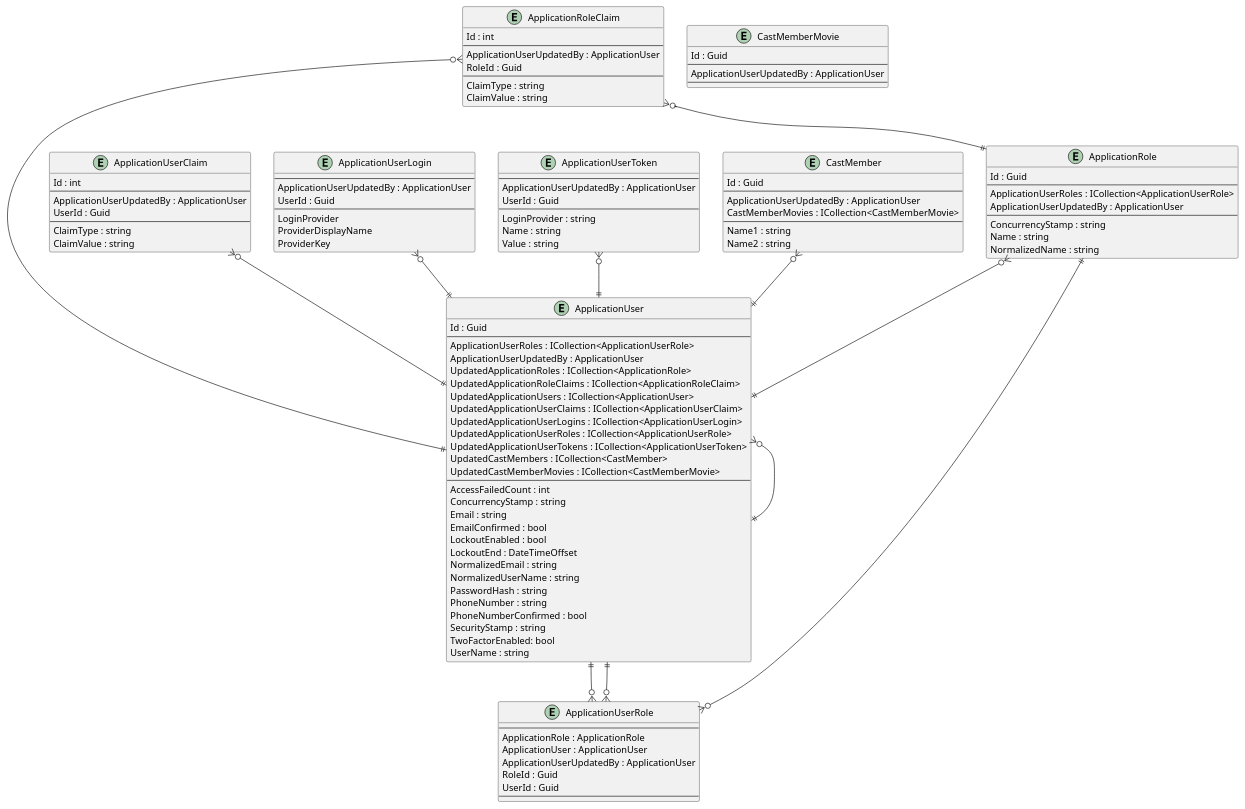
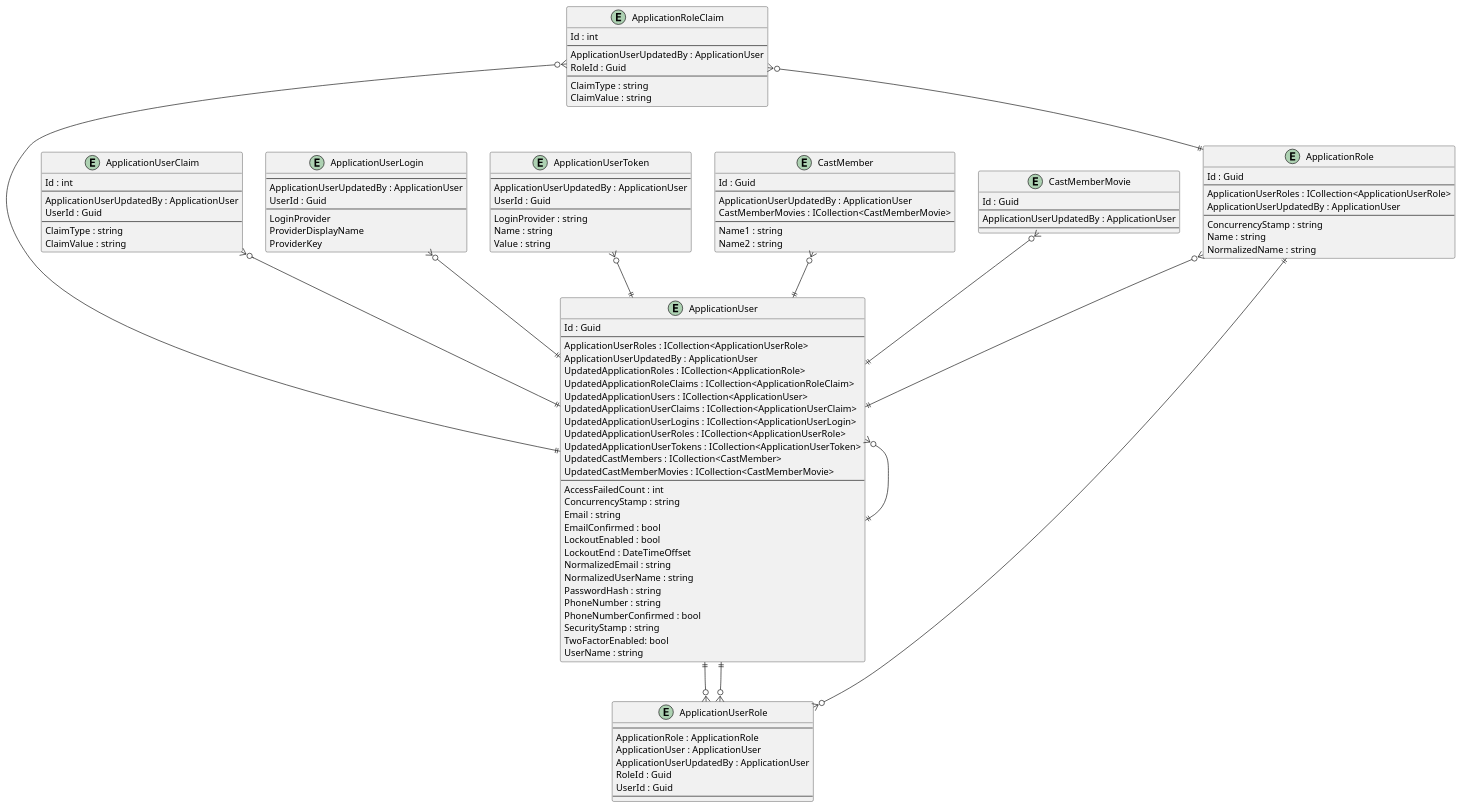
One commit to intrepion/BlazorWebAppMovies changed the diagram in .docs/BlazorWebAppMovies.pu. Above: the diagram before and after it, drawn with PlantUML.

```diff
--- a/.docs/BlazorWebAppMovies.pu
+++ b/.docs/BlazorWebAppMovies.pu
@@ -1,133 +1,134 @@
 @startuml
 
 entity ApplicationRole {
     Id : Guid
     --
     ApplicationUserRoles : ICollection<ApplicationUserRole>
     ApplicationUserUpdatedBy : ApplicationUser
     --
     ConcurrencyStamp : string
     Name : string
     NormalizedName : string
 }
 
 entity ApplicationRoleClaim {
     Id : int
     --
     ApplicationUserUpdatedBy : ApplicationUser
     RoleId : Guid
     --
     ClaimType : string
     ClaimValue : string
 }
 
 entity ApplicationUser {
     Id : Guid
     --
     ApplicationUserRoles : ICollection<ApplicationUserRole>
     ApplicationUserUpdatedBy : ApplicationUser
     UpdatedApplicationRoles : ICollection<ApplicationRole>
     UpdatedApplicationRoleClaims : ICollection<ApplicationRoleClaim>
     UpdatedApplicationUsers : ICollection<ApplicationUser>
     UpdatedApplicationUserClaims : ICollection<ApplicationUserClaim>
     UpdatedApplicationUserLogins : ICollection<ApplicationUserLogin>
     UpdatedApplicationUserRoles : ICollection<ApplicationUserRole>
     UpdatedApplicationUserTokens : ICollection<ApplicationUserToken>
     UpdatedCastMembers : ICollection<CastMember>
     UpdatedCastMemberMovies : ICollection<CastMemberMovie>
     ' ApplicationUserKeyCodePlaceholder
     --
     AccessFailedCount : int
     ConcurrencyStamp : string
     Email : string
     EmailConfirmed : bool
     LockoutEnabled : bool
     LockoutEnd : DateTimeOffset
     NormalizedEmail : string
     NormalizedUserName : string
     PasswordHash : string
     PhoneNumber : string
     PhoneNumberConfirmed : bool
     SecurityStamp : string
     TwoFactorEnabled: bool
     UserName : string
 }
 
 entity ApplicationUserClaim {
     Id : int
     --
     ApplicationUserUpdatedBy : ApplicationUser
     UserId : Guid
     --
     ClaimType : string
     ClaimValue : string
 }
 
 entity ApplicationUserLogin {
     --
     ApplicationUserUpdatedBy : ApplicationUser
     UserId : Guid
     --
     LoginProvider
     ProviderDisplayName
     ProviderKey
 }
 
 entity ApplicationUserRole {
     --
     ApplicationRole : ApplicationRole
     ApplicationUser : ApplicationUser
     ApplicationUserUpdatedBy : ApplicationUser
     RoleId : Guid
     UserId : Guid
     --
 }
 
 entity ApplicationUserToken {
     --
     ApplicationUserUpdatedBy : ApplicationUser
     UserId : Guid
     --
     LoginProvider : string
     Name : string
     Value : string
 }
 
 entity CastMember {
     Id : Guid
     --
     ApplicationUserUpdatedBy : ApplicationUser
     CastMemberMovies : ICollection<CastMemberMovie>
     ' CastMemberKeyCodePlaceholder
     --
     Name1 : string
     Name2 : string
     ' CastMemberPropertyCodePlaceholder
 }
 
 entity CastMemberMovie {
     Id : Guid
     --
     ApplicationUserUpdatedBy : ApplicationUser
     ' CastMemberMovieKeyCodePlaceholder
     --
     ' CastMemberMoviePropertyCodePlaceholder
 }
 
 ' EntityCodePlaceholder
 
 ApplicationRole ||--o{ ApplicationUserRole
 ApplicationRole }o--|| ApplicationUser
 ApplicationRoleClaim }o--|| ApplicationRole
 ApplicationRoleClaim }o--|| ApplicationUser
 ApplicationUser }o--|| ApplicationUser
 ApplicationUser ||--o{ ApplicationUserRole
 ApplicationUserClaim }o--|| ApplicationUser
 ApplicationUserLogin }o--|| ApplicationUser
 ApplicationUserRole }o--|| ApplicationUser
 ApplicationUserToken }o--|| ApplicationUser
 
 CastMember }o--|| ApplicationUser
+CastMemberMovie }o--|| ApplicationUser
 ' RelationshipCodePlaceholder
 
 @enduml
```
